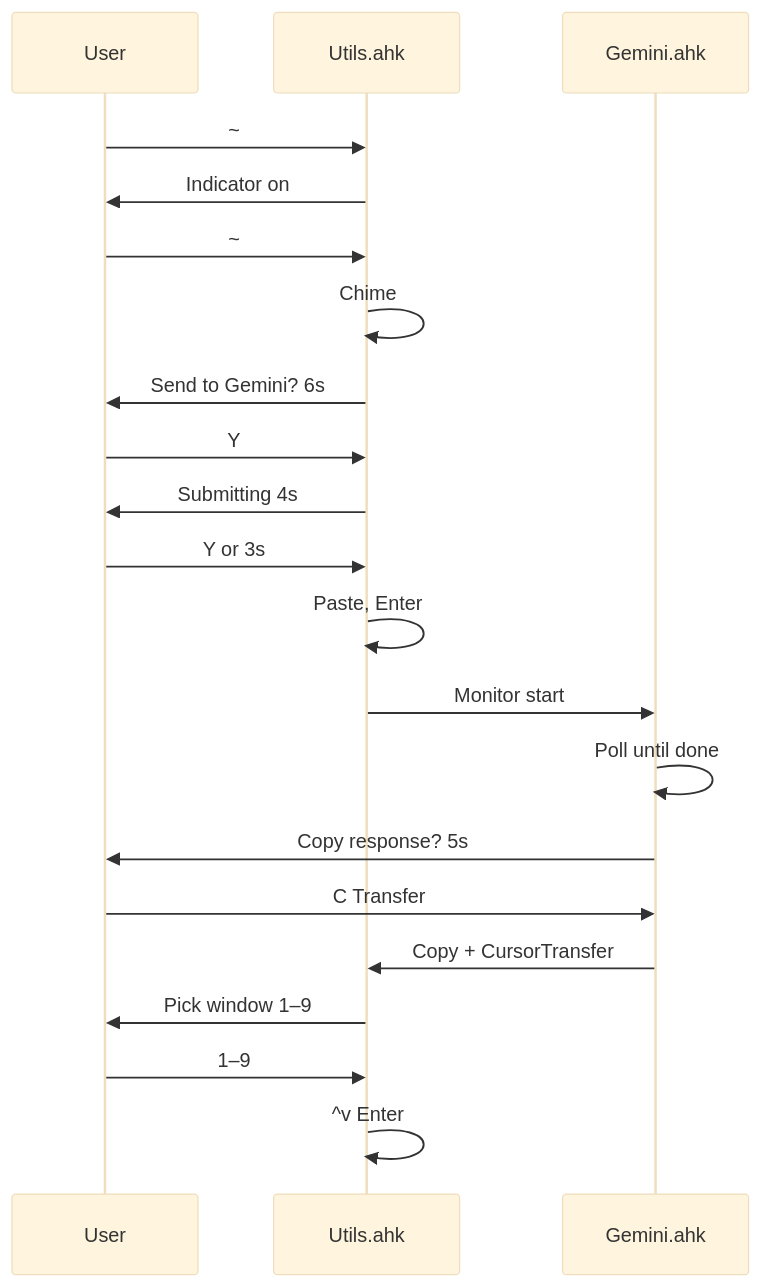
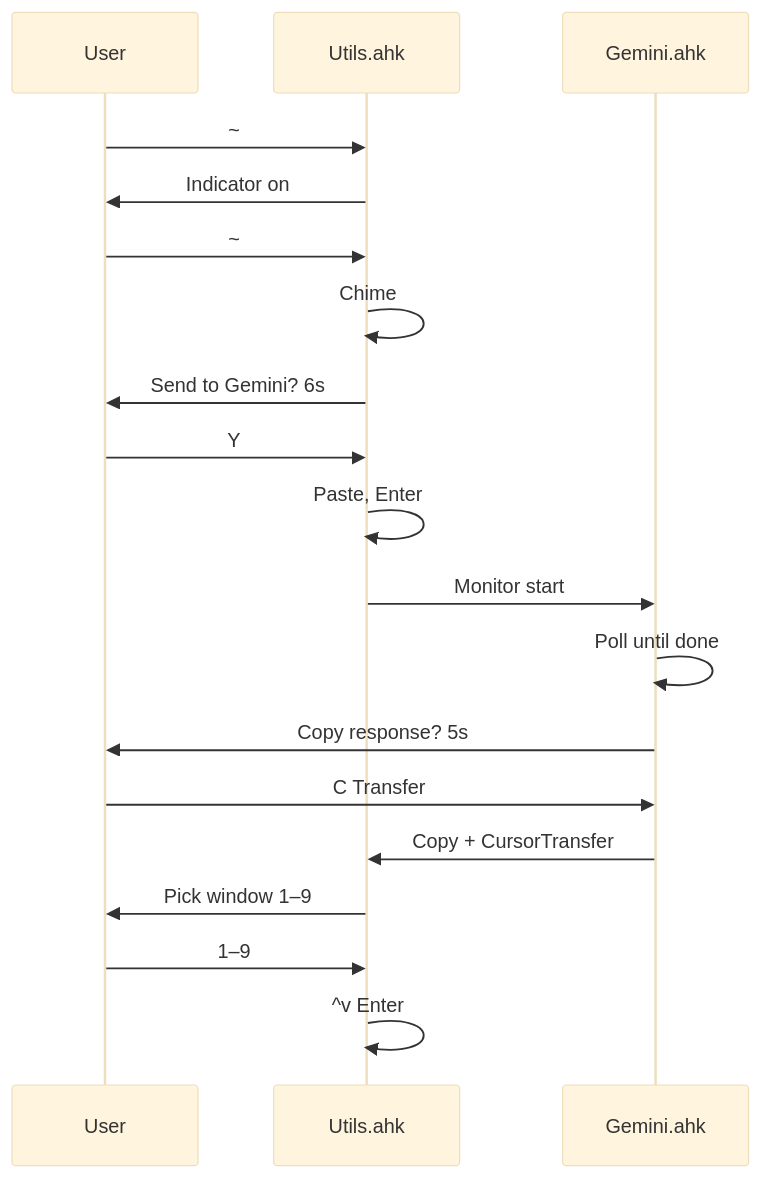
One commit to duducm2/scripts changed the second of 2 diagrams in docs/dictation-to-gemini-cursor-flow.md. Above: the diagram before and after it, drawn with Mermaid (base theme). The commit also changed other lines of this file and 4 other files, not shown here.

First line of the commit message:
Enhance logging and streamline dictation flow

````diff
--- a/docs/dictation-to-gemini-cursor-flow.md
+++ b/docs/dictation-to-gemini-cursor-flow.md
@@ -69,24 +73,22 @@
 ```mermaid
 sequenceDiagram
     participant User
     participant AHK as Utils.ahk
     participant Gemini as Gemini.ahk
 
     User->>AHK: ~#!+0 start
     AHK->>User: Indicator on
     User->>AHK: ~#!+0 stop
     AHK->>AHK: Chime
     AHK->>User: Send to Gemini? 6s
     User->>AHK: Y
-    AHK->>User: Submitting 4s
-    User->>AHK: Y or 3s
     AHK->>AHK: Paste, Enter
     AHK->>Gemini: Monitor start
     Gemini->>Gemini: Poll until done
     Gemini->>User: Copy response? 5s
     User->>Gemini: C Transfer
     Gemini->>AHK: Copy + CursorTransfer
     AHK->>User: Pick window 1–9
     User->>AHK: 1–9
     AHK->>AHK: ^v Enter
 ```
````
